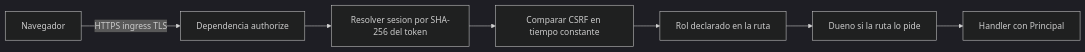
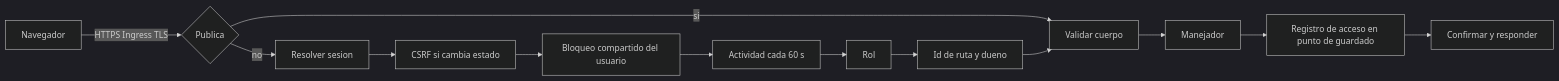
The diagram in aidlc/spaces/default/intents/261002-veridicus-mvp/construction/identity-access/nfr-design/security-design.md (freyesJaveriana/tai), drawn with Mermaid (dark theme) before and after one commit. The commit also changed other lines of this file and 12 other files, not shown here.

Commit message:
aidlc(nfr-design): U2 revisión 2; regla de documentación por MCP (decisión del humano)

````diff
--- a/aidlc/spaces/default/intents/261002-veridicus-mvp/construction/identity-access/nfr-design/security-design.md
+++ b/aidlc/spaces/default/intents/261002-veridicus-mvp/construction/identity-access/nfr-design/security-design.md
@@ -28,9 +55,15 @@
 ```mermaid
 flowchart LR
-  N[Navegador] -->|HTTPS ingress TLS| A[Dependencia authorize]
-  A --> S[Resolver sesion por SHA-256 del token]
-  S --> C[Comparar CSRF en tiempo constante]
-  C --> R[Rol declarado en la ruta]
-  R --> O[Dueno si la ruta lo pide]
-  O --> H[Handler con Principal]
+  N[Navegador] -->|HTTPS Ingress TLS| P{Publica}
+  P -- si --> V
+  P -- no --> S[Resolver sesion]
+  S --> C[CSRF si cambia estado]
+  C --> L[Bloqueo compartido del usuario]
+  L --> T[Actividad cada 60 s]
+  T --> R[Rol]
+  R --> O[Id de ruta y dueno]
+  O --> V[Validar cuerpo]
+  V --> H[Manejador]
+  H --> A[Registro de acceso en punto de guardado]
+  A --> K[Confirmar y responder]
 ```
````
